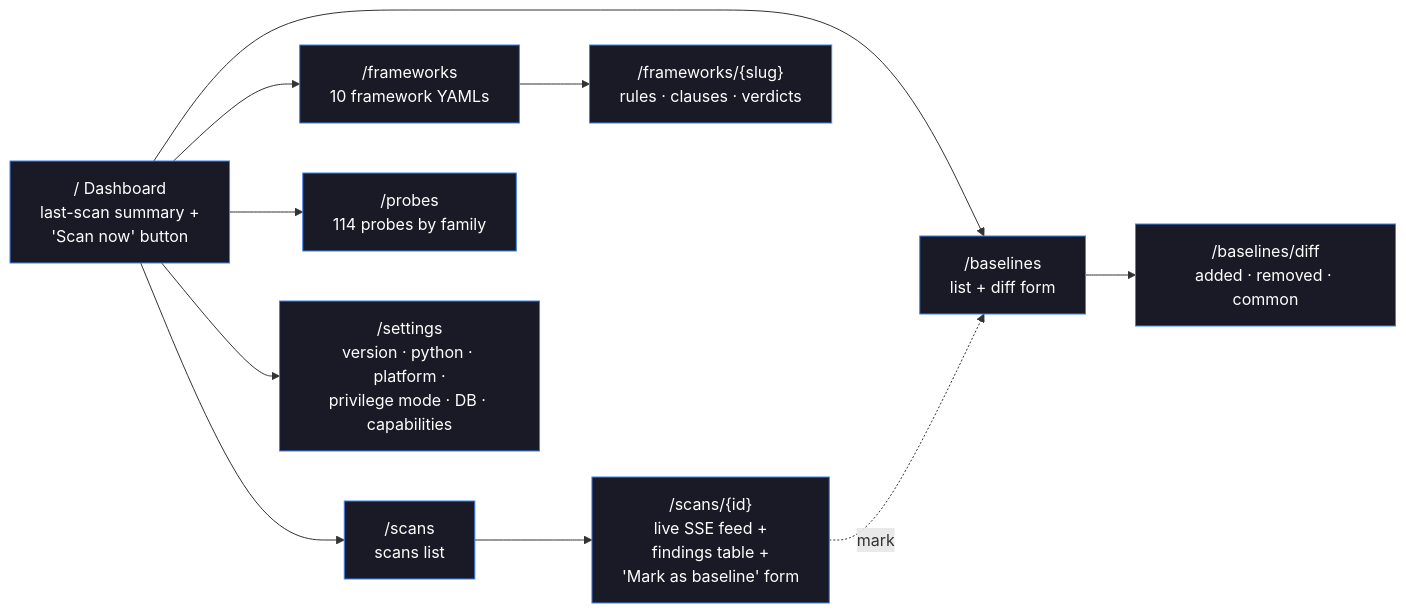
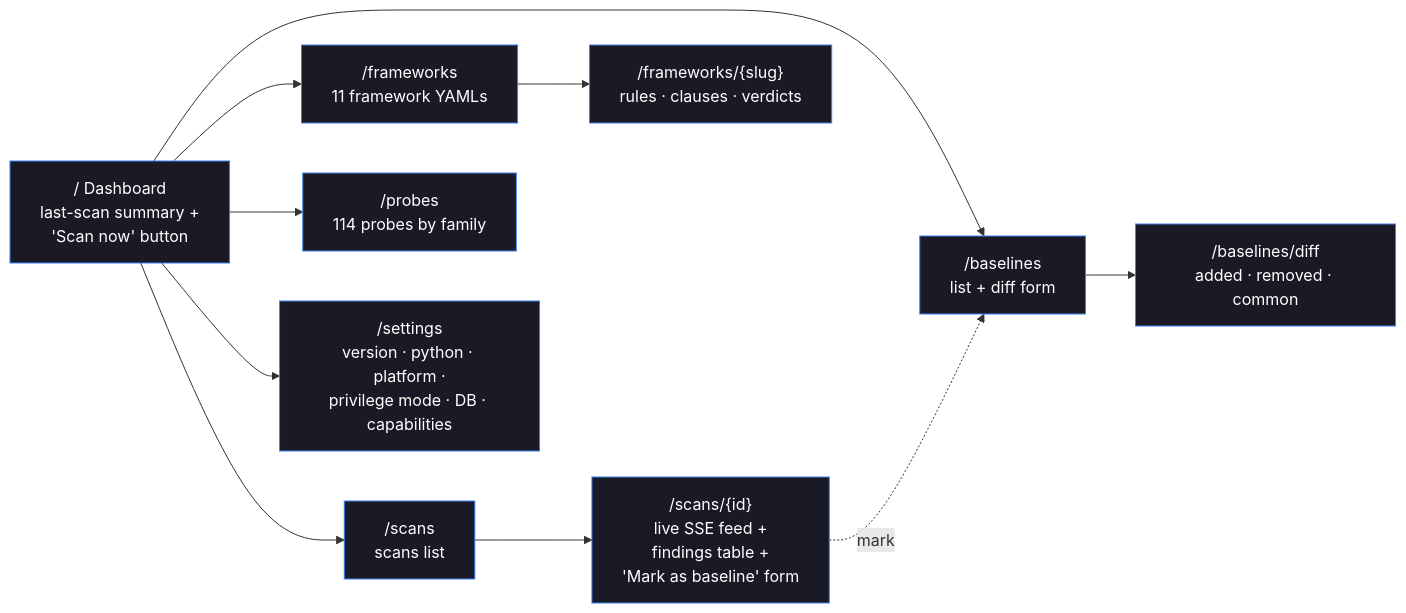
Before and after one commit to orengacademy/pqc-scanner2: the fourth of 8 diagrams in README.md, drawn with Mermaid. The commit also changed other lines of this file and 9 other files, not shown here.

````diff
--- a/README.md
+++ b/README.md
@@ -241,22 +248,22 @@
 ```mermaid
 flowchart LR
     HOME["/  Dashboard<br/>last-scan summary +<br/>'Scan now' button"]
     SCANS["/scans<br/>scans list"]
     DETAIL["/scans/{id}<br/>live SSE feed +<br/>findings table +<br/>'Mark as baseline' form"]
-    FRAMEWORKS["/frameworks<br/>10 framework YAMLs"]
+    FRAMEWORKS["/frameworks<br/>11 framework YAMLs"]
     FW_DET["/frameworks/{slug}<br/>rules · clauses · verdicts"]
     PROBES["/probes<br/>114 probes by family"]
     BASELINES["/baselines<br/>list + diff form"]
     DIFF["/baselines/diff<br/>added · removed · common"]
     SETTINGS["/settings<br/>version · python · platform ·<br/>privilege mode · DB · capabilities"]
 
     HOME --> SCANS --> DETAIL
     HOME --> FRAMEWORKS --> FW_DET
     HOME --> PROBES
     HOME --> BASELINES --> DIFF
     DETAIL -.mark.-> BASELINES
     HOME --> SETTINGS
 
     classDef page fill:#1a1a26,color:#fff,stroke:#3b82f6
     class HOME,SCANS,DETAIL,FRAMEWORKS,FW_DET,PROBES,BASELINES,DIFF,SETTINGS page
 ```
````
